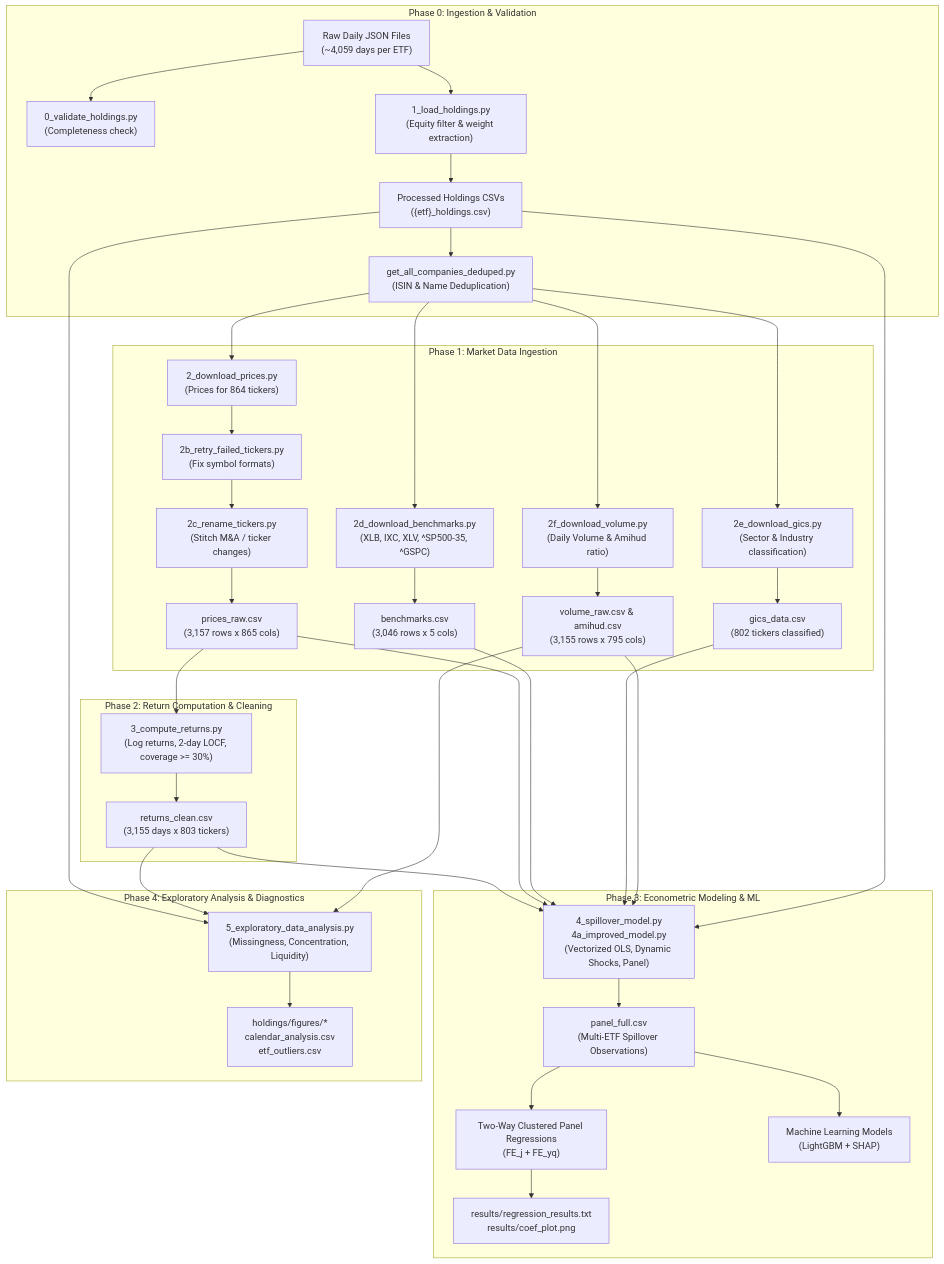
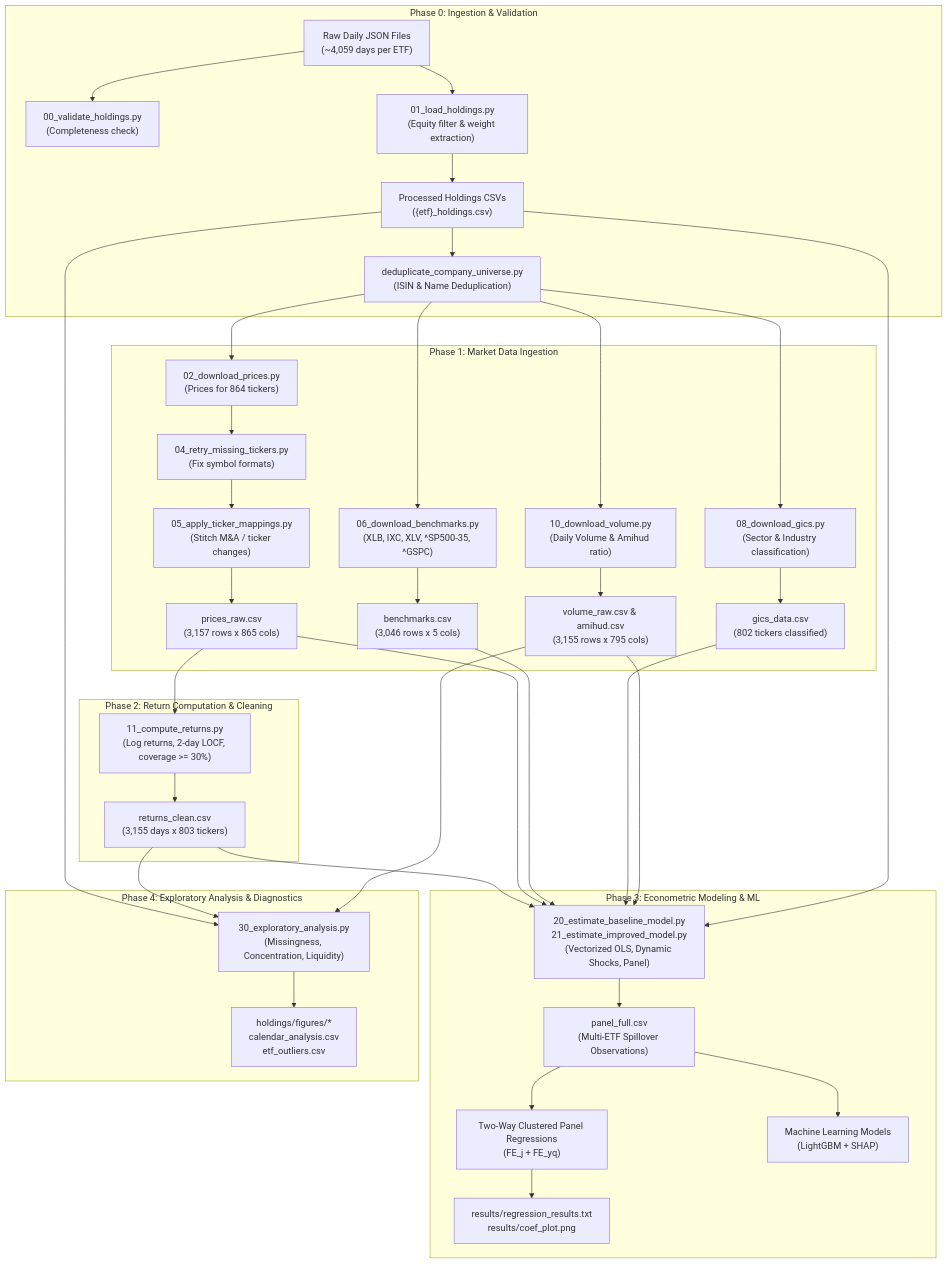
One commit to gguerraf/TFM changed the diagram in docs/project_context/architecture.md. Above: the diagram before and after it, drawn with Mermaid. The commit also changed other lines of this file and 28 other files, not shown here.

````diff
--- a/docs/project_context/architecture.md
+++ b/docs/project_context/architecture.md
@@ -14,43 +14,43 @@
 ```mermaid
 flowchart TD
     subgraph S0["Phase 0: Ingestion & Validation"]
-        A1["Raw Daily JSON Files\n(~4,059 days per ETF)"] --> B1["0_validate_holdings.py\n(Completeness check)"]
-        A1 --> B2["1_load_holdings.py\n(Equity filter & weight extraction)"]
+        A1["Raw Daily JSON Files\n(~4,059 days per ETF)"] --> B1["00_validate_holdings.py\n(Completeness check)"]
+        A1 --> B2["01_load_holdings.py\n(Equity filter & weight extraction)"]
         B2 --> C1["Processed Holdings CSVs\n({etf}_holdings.csv)"]
-        C1 --> C2["get_all_companies_deduped.py\n(ISIN & Name Deduplication)"]
+        C1 --> C2["deduplicate_company_universe.py\n(ISIN & Name Deduplication)"]
     end
 
     subgraph S1["Phase 1: Market Data Ingestion"]
-        C2 --> D1["2_download_prices.py\n(Prices for 864 tickers)"]
-        D1 --> D2["2b_retry_failed_tickers.py\n(Fix symbol formats)"]
-        D2 --> D3["2c_rename_tickers.py\n(Stitch M&A / ticker changes)"]
+        C2 --> D1["02_download_prices.py\n(Prices for 864 tickers)"]
+        D1 --> D2["04_retry_missing_tickers.py\n(Fix symbol formats)"]
+        D2 --> D3["05_apply_ticker_mappings.py\n(Stitch M&A / ticker changes)"]
         D3 --> E1["prices_raw.csv\n(3,157 rows x 865 cols)"]
         
-        C2 --> D4["2d_download_benchmarks.py\n(XLB, IXC, XLV, ^SP500-35, ^GSPC)"]
+        C2 --> D4["06_download_benchmarks.py\n(XLB, IXC, XLV, ^SP500-35, ^GSPC)"]
         D4 --> E2["benchmarks.csv\n(3,046 rows x 5 cols)"]
         
-        C2 --> D5["2e_download_gics.py\n(Sector & Industry classification)"]
+        C2 --> D5["08_download_gics.py\n(Sector & Industry classification)"]
         D5 --> E3["gics_data.csv\n(802 tickers classified)"]
         
-        C2 --> D6["2f_download_volume.py\n(Daily Volume & Amihud ratio)"]
+        C2 --> D6["10_download_volume.py\n(Daily Volume & Amihud ratio)"]
         D6 --> E4["volume_raw.csv & amihud.csv\n(3,155 rows x 795 cols)"]
     end
 
     subgraph S2["Phase 2: Return Computation & Cleaning"]
-        E1 --> F1["3_compute_returns.py\n(Log returns, 2-day LOCF, coverage >= 30%)"]
+        E1 --> F1["11_compute_returns.py\n(Log returns, 2-day LOCF, coverage >= 30%)"]
         F1 --> G1["returns_clean.csv\n(3,155 days x 803 tickers)"]
     end
 
     subgraph S3["Phase 3: Econometric Modeling & ML"]
-        G1 & E1 & E2 & E3 & E4 & C1 --> H1["4_spillover_model.py\n4a_improved_model.py\n(Vectorized OLS, Dynamic Shocks, Panel)"]
+        G1 & E1 & E2 & E3 & E4 & C1 --> H1["20_estimate_baseline_model.py\n21_estimate_improved_model.py\n(Vectorized OLS, Dynamic Shocks, Panel)"]
         H1 --> I1["panel_full.csv\n(Multi-ETF Spillover Observations)"]
         I1 --> I2["Two-Way Clustered Panel Regressions\n(FE_j + FE_yq)"]
         I1 --> I3["Machine Learning Models\n(LightGBM + SHAP)"]
         I2 --> J1["results/regression_results.txt\nresults/coef_plot.png"]
     end
 
     subgraph S4["Phase 4: Exploratory Analysis & Diagnostics"]
-        C1 & G1 & E4 --> K1["5_exploratory_data_analysis.py\n(Missingness, Concentration, Liquidity)"]
+        C1 & G1 & E4 --> K1["30_exploratory_analysis.py\n(Missingness, Concentration, Liquidity)"]
         K1 --> L1["holdings/figures/*\ncalendar_analysis.csv\netf_outliers.csv"]
     end
 ```
````
